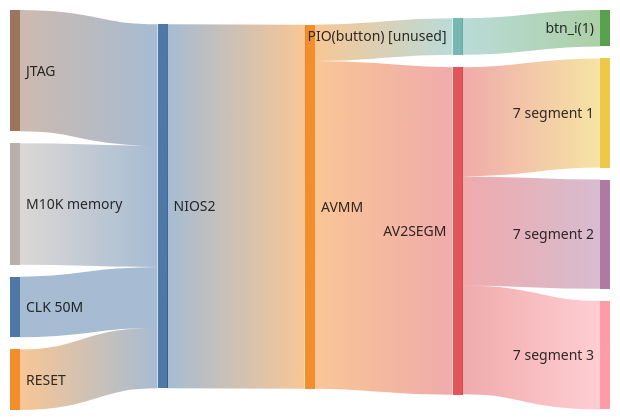
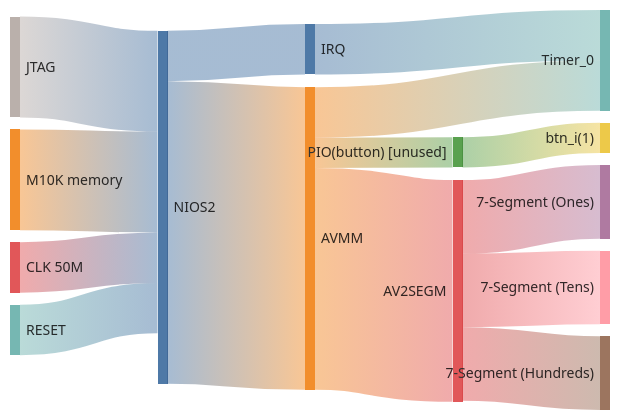
One commit to ESN2025/GEOFFRE_Project changed the first of 2 diagrams in readme.md. Above: the diagram before and after it, drawn with Mermaid. The commit also changed other lines of this file and 56 other files, not shown here.

````diff
--- a/readme.md
+++ b/readme.md
@@ -30,19 +30,22 @@
 ```mermaid
 ---
 config:
   sankey:
     showValues: false
 ---
 sankey-beta
 NIOS2, AVMM, 0.3
-AVMM, AV2SEGM, 0.27
+AVMM, AV2SEGM, 0.22
+AVMM, Timer_0, 0.05
 AVMM, PIO(button) [unused], 0.03
 PIO(button) [unused], btn_i(1), 0.03
-AV2SEGM, 7 segment 1, 0.09
-AV2SEGM, 7 segment 2, 0.09
-AV2SEGM, 7 segment 3, 0.0895
+AV2SEGM, 7-Segment (Ones), 0.073
+AV2SEGM, 7-Segment (Tens), 0.073
+AV2SEGM, 7-Segment (Hundreds), 0.073
 JTAG, NIOS2, 0.1
+NIOS2, IRQ, 0.05
+IRQ, Timer_0, 0.05
 M10K memory, NIOS2, 0.1
 CLK 50M, NIOS2, 0.05
 RESET, NIOS2, 0.05
 ```
````
